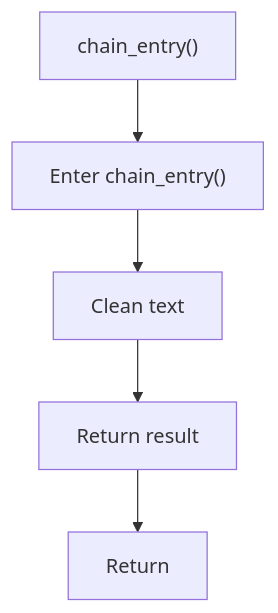
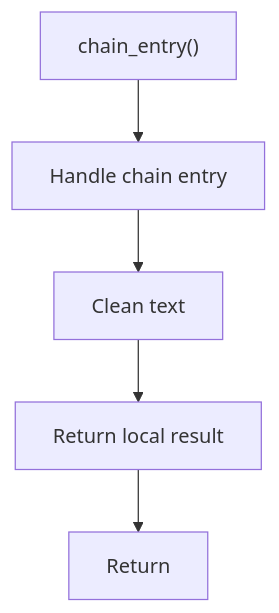
One commit to JohnAndrewBalbarosa/NeoTerritory changed the diagram in docs/Codebase/Microservice/Modules/Source/HashingMechanism/HashLinks/Common/Flow/functions/chain_entry.cpp.md. Above: the diagram before and after it, drawn with Mermaid. The commit also changed other lines of this file and 925 other files, not shown here.

````diff
--- a/docs/Codebase/Microservice/Modules/Source/HashingMechanism/HashLinks/Common/Flow/functions/chain_entry.cpp.md
+++ b/docs/Codebase/Microservice/Modules/Source/HashingMechanism/HashLinks/Common/Flow/functions/chain_entry.cpp.md
@@ -17,12 +17,12 @@
 ```mermaid
 flowchart TD
     Start["chain_entry()"]
-    N0["Enter chain_entry()"]
+    N0["Handle chain entry"]
     N1["Clean text"]
-    N2["Return result"]
+    N2["Return local result"]
     End["Return"]
     Start --> N0
     N0 --> N1
     N1 --> N2
     N2 --> End
 ```
````
